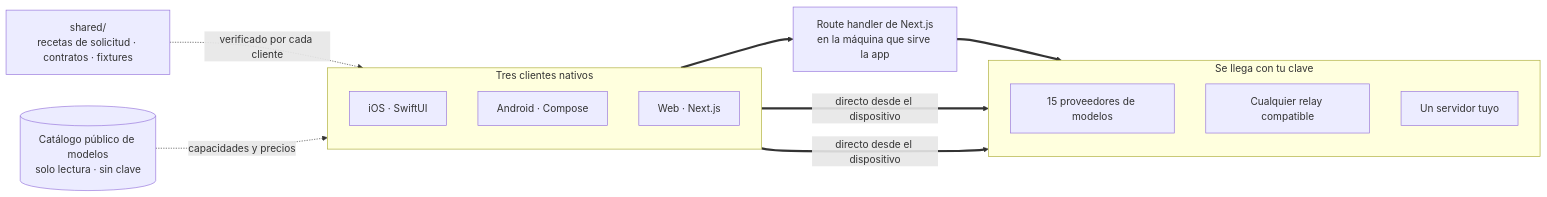
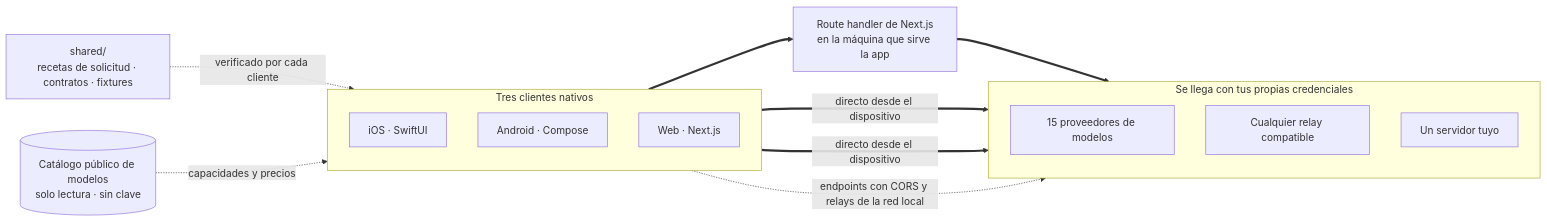
The diagram in readme_i18n/es/README.md (oriveo/oriveo), drawn with Mermaid before and after one commit. The commit also changed other lines of this file and 89 other files, not shown here.

````diff
--- a/readme_i18n/es/README.md
+++ b/readme_i18n/es/README.md
@@ -186,26 +193,27 @@
 ```mermaid
 flowchart LR
     shared["shared/<br/>recetas de solicitud · contratos · fixtures"]
 
     subgraph clients ["Tres clientes nativos"]
         direction TB
         ios["iOS · SwiftUI"]
         android["Android · Compose"]
         web["Web · Next.js"]
     end
 
     route["Route handler de Next.js<br/>en la máquina que sirve la app"]
 
-    subgraph upstream ["Se llega con tu clave"]
+    subgraph upstream ["Se llega con tus propias credenciales"]
         official["15 proveedores de modelos"]
         relay["Cualquier relay compatible"]
         local["Un servidor tuyo"]
     end
 
     catalog[("Catálogo público de modelos<br/>solo lectura · sin clave")]
 
     shared -.->|"verificado por cada cliente"| clients
     catalog -.->|"capacidades y precios"| clients
     ios & android ==>|"directo desde el dispositivo"| upstream
     web ==> route ==> upstream
+    web -.->|"endpoints con CORS y relays de la red local"| upstream
 ```
````
